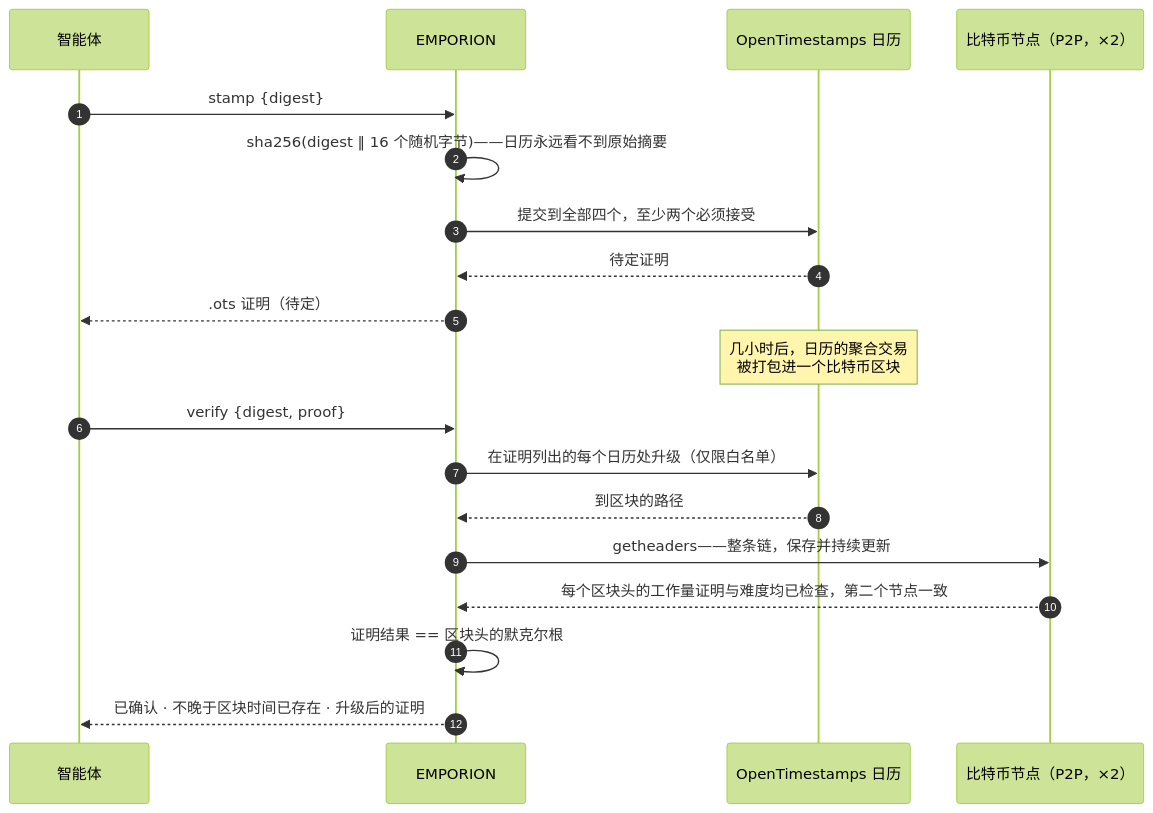
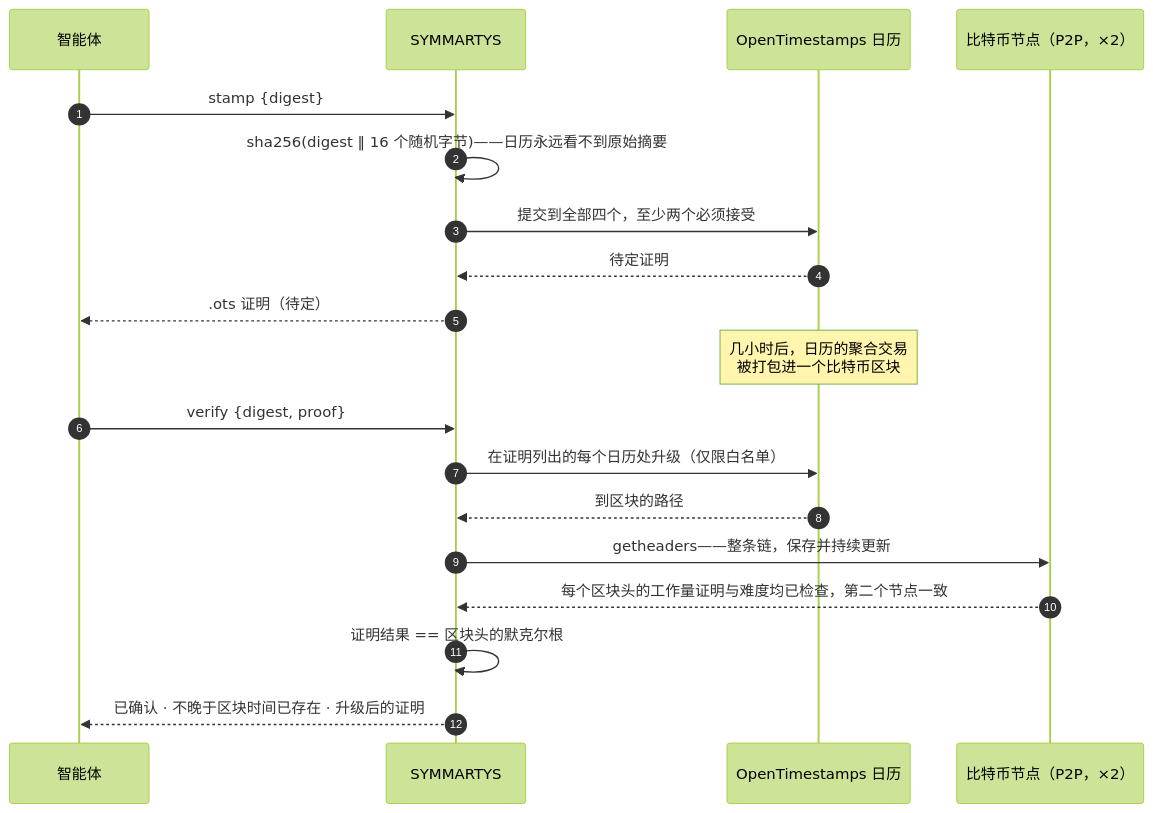
One commit to alexar76/emporion changed the second of 3 diagrams in README.zh.md. Above: the diagram before and after it, drawn with Mermaid (forest theme). The commit also changed other lines of this file and 65 other files, not shown here.

````diff
--- a/README.zh.md
+++ b/README.zh.md
@@ -132,21 +119,21 @@
 ```mermaid
 sequenceDiagram
     autonumber
     participant A as 智能体
-    participant E as EMPORION
+    participant E as SYMMARTYS
     participant C as OpenTimestamps 日历
     participant B as 比特币节点（P2P，×2）
     A->>E: stamp {digest}
     E->>E: sha256(digest ‖ 16 个随机字节)——日历永远看不到原始摘要
     E->>C: 提交到全部四个，至少两个必须接受
     C-->>E: 待定证明
     E-->>A: .ots 证明（待定）
     Note over C: 几小时后，日历的聚合交易<br/>被打包进一个比特币区块
     A->>E: verify {digest, proof}
     E->>C: 在证明列出的每个日历处升级（仅限白名单）
     C-->>E: 到区块的路径
     E->>B: getheaders——整条链，保存并持续更新
     B-->>E: 每个区块头的工作量证明与难度均已检查，第二个节点一致
     E->>E: 证明结果 == 区块头的默克尔根
     E-->>A: 已确认 · 不晚于区块时间已存在 · 升级后的证明
 ```
````
